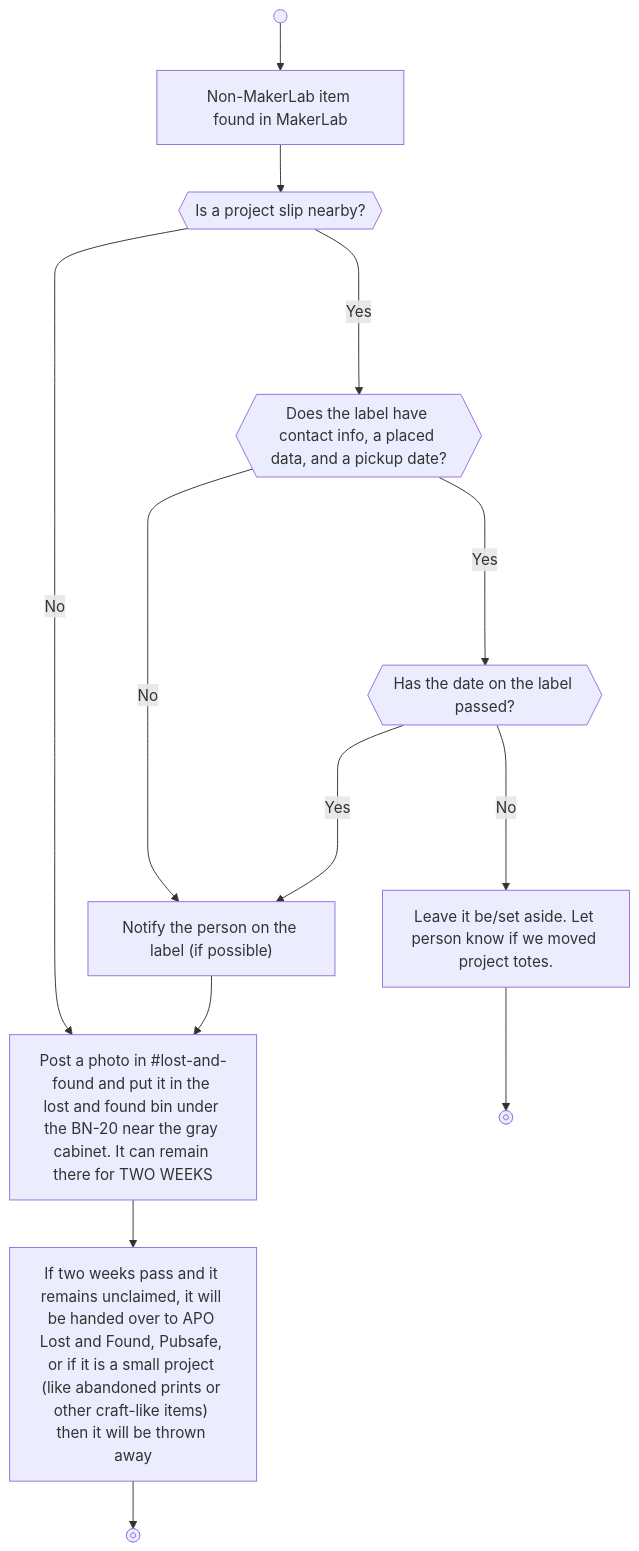
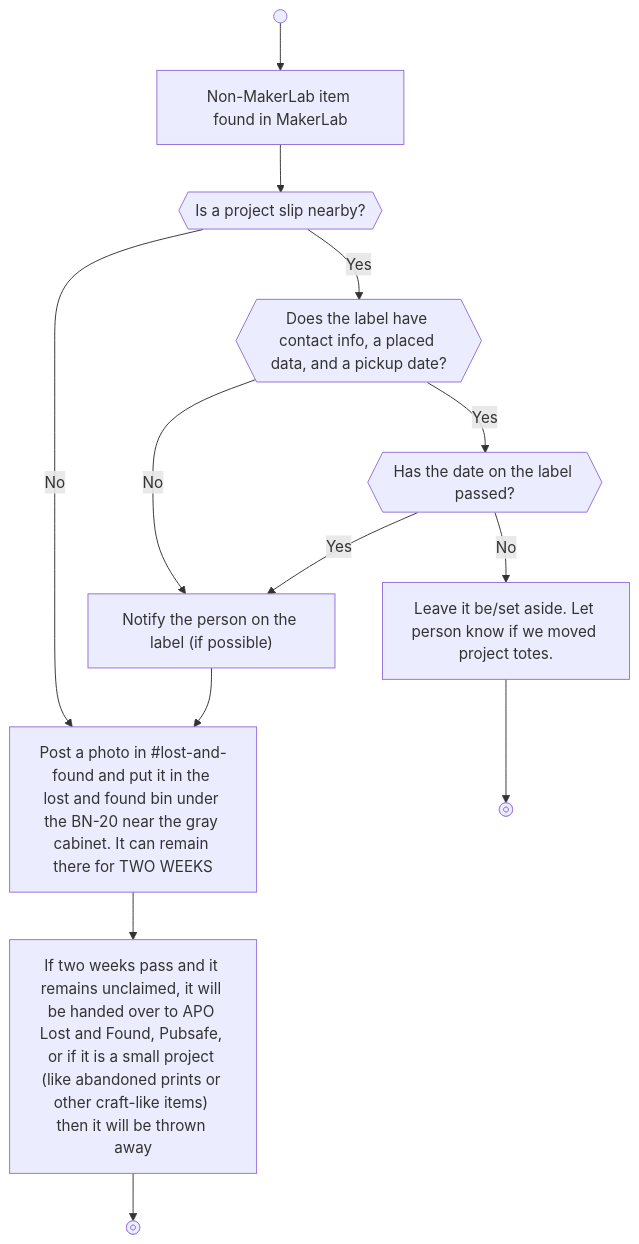
Before and after one commit to Rose-MakerLab/website: the diagram in docs/Policies/lost_and_found.md, drawn with Mermaid. The commit also changed 1 other file, not shown here.

Commit message:
Minor adjustments

````diff
--- a/docs/Policies/lost_and_found.md
+++ b/docs/Policies/lost_and_found.md
@@ -21,15 +21,15 @@
 ``` mermaid
 graph TD
     start0@{ shape: sm-circ, label: "Small start" } --> B;
     B[Non-MakerLab item found in MakerLab] --> C{{Is a project slip nearby?}};
-    C ---->|No| D[Post a photo in #lost-and-found and put it in the lost and found bin under the BN-20 near the gray cabinet. It can remain there for TWO WEEKS];
-    C ---->|Yes| E{{Does the label have contact info, a placed data, and a pickup date?}};
-    E ---->|No| F["Notify the person on the label (if possible)"];
+    C -->|No| D[Post a photo in #lost-and-found and put it in the lost and found bin under the BN-20 near the gray cabinet. It can remain there for TWO WEEKS];
+    C -->|Yes| E{{Does the label have contact info, a placed data, and a pickup date?}};
+    E -->|No| F["Notify the person on the label (if possible)"];
     F --> D;
-    E ---->|Yes| G{{Has the date on the label passed?}};
-    G ---->|No| H[Leave it be/set aside. Let person know if we moved project totes.];
+    E -->|Yes| G{{Has the date on the label passed?}};
+    G -->|No| H[Leave it be/set aside. Let person know if we moved project totes.];
     H --> stop0@{ shape: framed-circle, label: "Stop" };
-    G ---->|Yes| F;
+    G -->|Yes| F;
     D --> I["If two weeks pass and it remains unclaimed, it will be handed over to APO Lost and Found, Pubsafe, or if it is a small project (like abandoned prints or other craft-like items) then it will be thrown away"];
     I --> stop1@{ shape: framed-circle, label: "Stop" };
 ```
````
